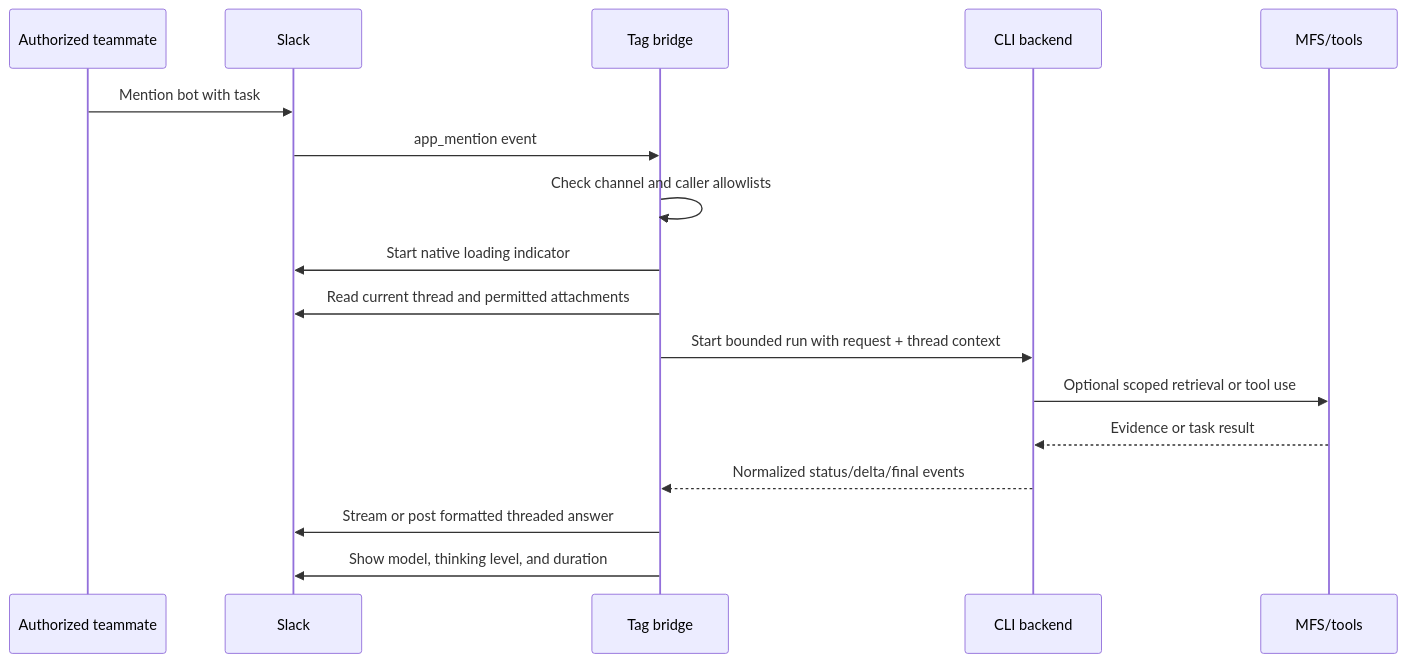
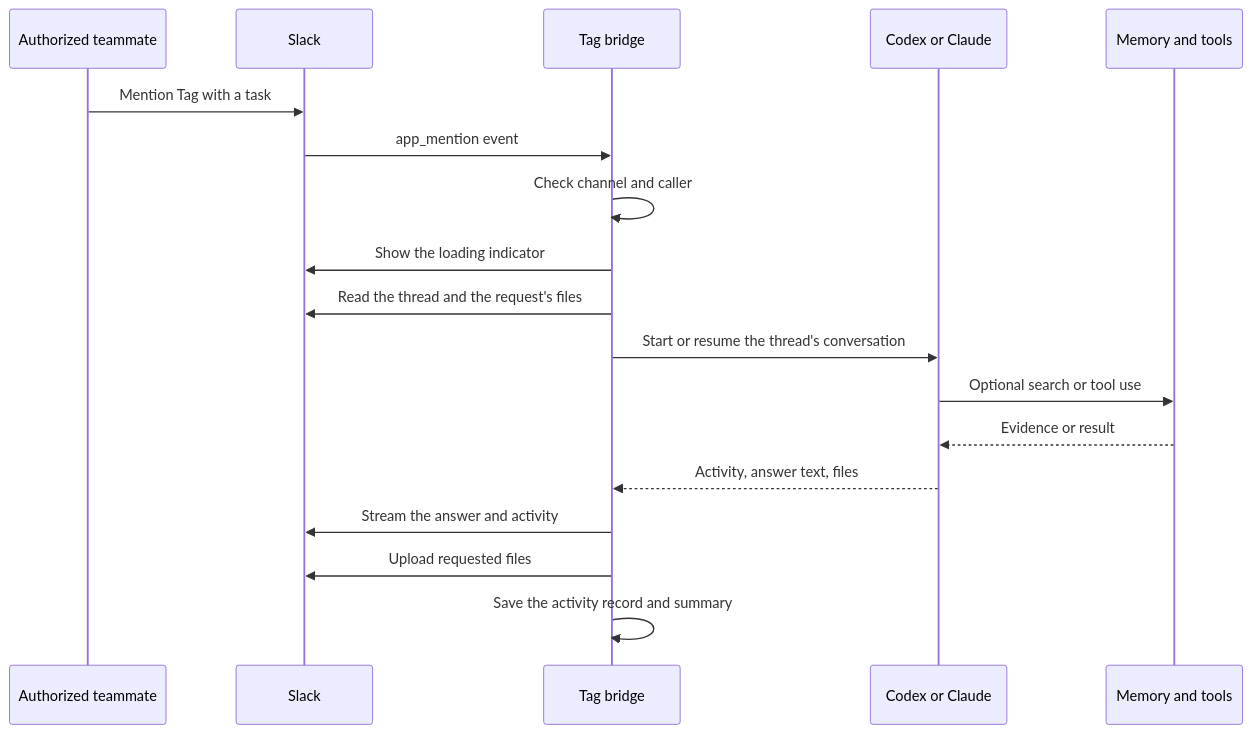
Before and after one commit to klovr-co/hover-tag: the fifth of 16 diagrams in docs/user-flows.md, drawn with Mermaid. The commit also changed other lines of this file and 48 other files, not shown here.

````diff
--- a/docs/user-flows.md
+++ b/docs/user-flows.md
@@ -242,20 +206,21 @@
 ```mermaid
 sequenceDiagram
     participant U as Authorized teammate
     participant S as Slack
     participant T as Tag bridge
-    participant B as CLI backend
-    participant M as MFS/tools
+    participant B as Codex or Claude
+    participant M as Memory and tools
 
-    U->>S: Mention bot with task
+    U->>S: Mention Tag with a task
     S->>T: app_mention event
-    T->>T: Check channel and caller allowlists
-    T->>S: Start native loading indicator
-    T->>S: Read current thread and permitted attachments
-    T->>B: Start bounded run with request + thread context
-    B->>M: Optional scoped retrieval or tool use
-    M-->>B: Evidence or task result
-    B-->>T: Normalized status/delta/final events
-    T->>S: Stream or post formatted threaded answer
-    T->>S: Show model, thinking level, and duration
+    T->>T: Check channel and caller
+    T->>S: Show the loading indicator
+    T->>S: Read the thread and the request's files
+    T->>B: Start or resume the thread's conversation
+    B->>M: Optional search or tool use
+    M-->>B: Evidence or result
+    B-->>T: Activity, answer text, files
+    T->>S: Stream the answer and activity
+    T->>S: Upload requested files
+    T->>T: Save the activity record and summary
 ```
````
